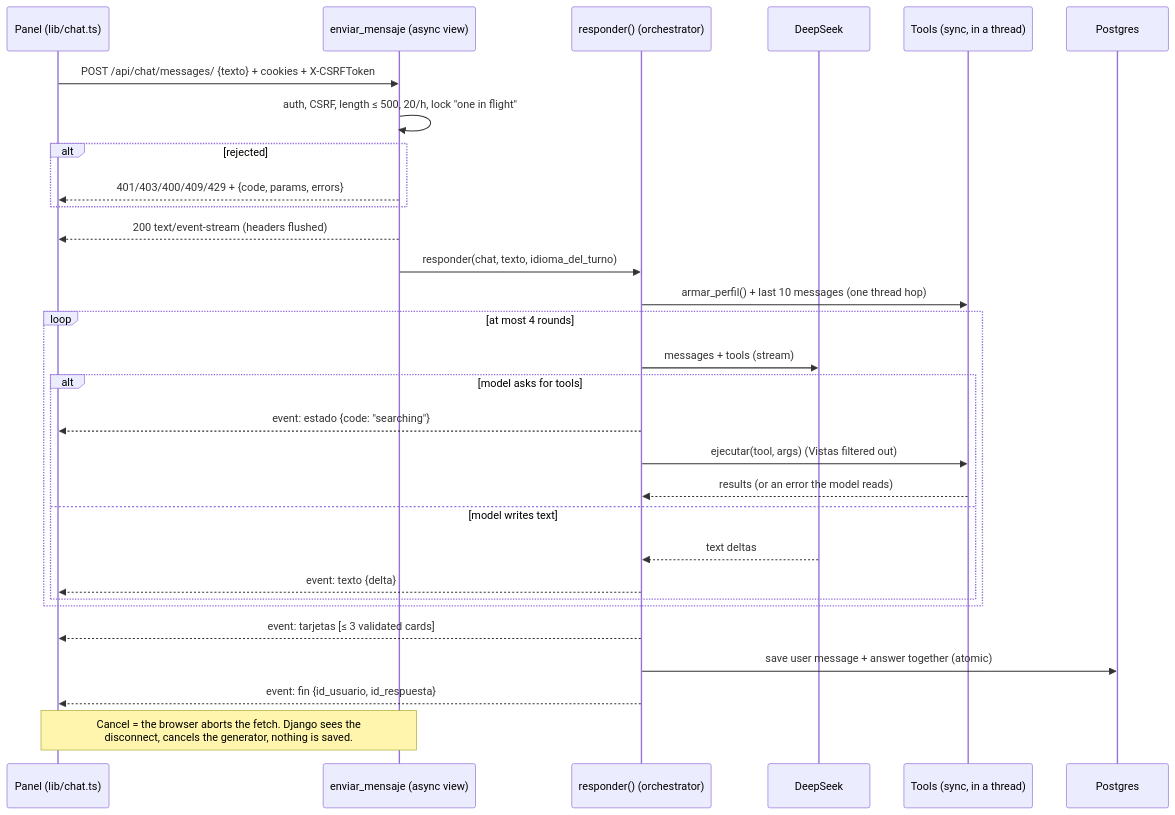
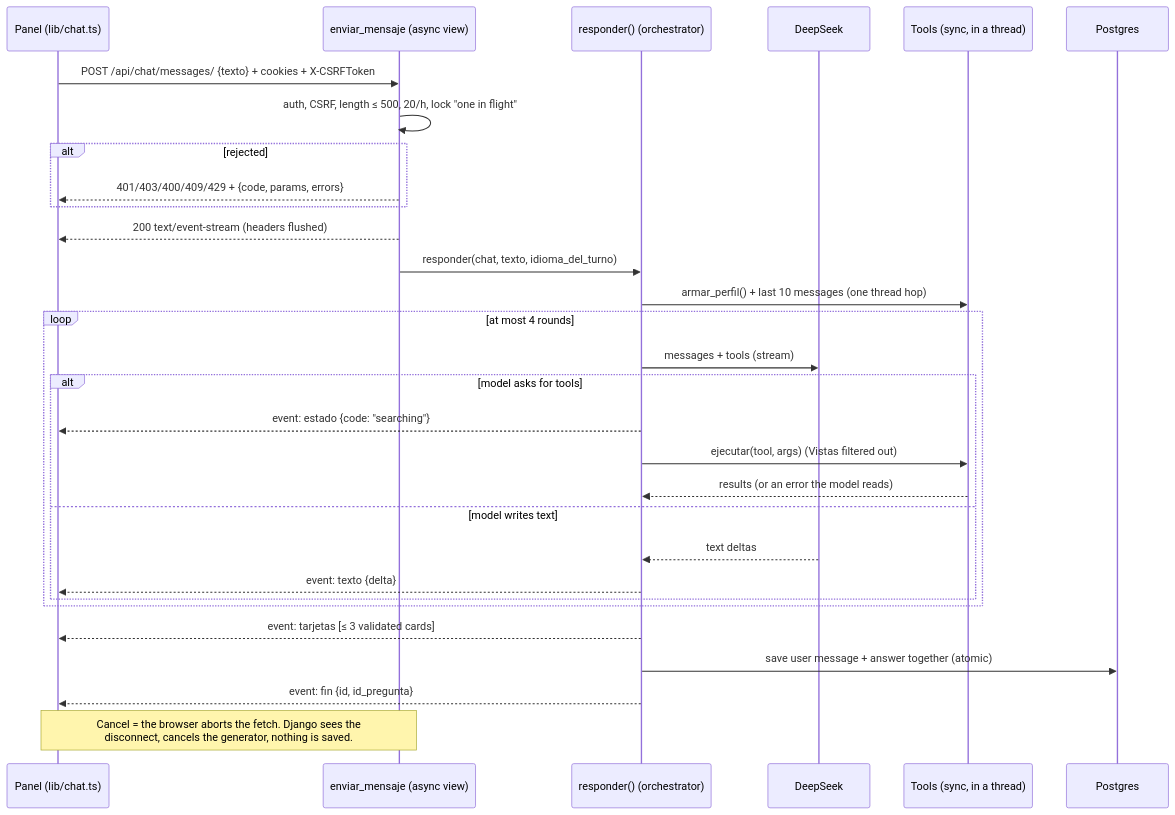
One commit to MarcosDebona25/FilmAI changed the diagram in openspec/changes/chatbot/design.md. Above: the diagram before and after it, drawn with Mermaid. The commit also changed other lines of this file and 4 other files, not shown here.

````diff
--- a/openspec/changes/chatbot/design.md
+++ b/openspec/changes/chatbot/design.md
@@ -48,33 +48,33 @@
 ```mermaid
 sequenceDiagram
     participant F as Panel (lib/chat.ts)
     participant V as enviar_mensaje (async view)
     participant O as responder() (orchestrator)
     participant L as DeepSeek
     participant T as Tools (sync, in a thread)
     participant DB as Postgres
 
     F->>V: POST /api/chat/messages/ {texto} + cookies + X-CSRFToken
     V->>V: auth, CSRF, length ≤ 500, 20/h, lock "one in flight"
     alt rejected
         V-->>F: 401/403/400/409/429 + {code, params, errors}
     end
     V-->>F: 200 text/event-stream (headers flushed)
     V->>O: responder(chat, texto, idioma_del_turno)
     O->>T: armar_perfil() + last 10 messages (one thread hop)
     loop at most 4 rounds
         O->>L: messages + tools (stream)
         alt model asks for tools
             O-->>F: event: estado {code: "searching"}
             O->>T: ejecutar(tool, args) (Vistas filtered out)
             T-->>O: results (or an error the model reads)
         else model writes text
             L-->>O: text deltas
             O-->>F: event: texto {delta}
         end
     end
     O-->>F: event: tarjetas [≤ 3 validated cards]
     O->>DB: save user message + answer together (atomic)
-    O-->>F: event: fin {id_usuario, id_respuesta}
+    O-->>F: event: fin {id, id_pregunta}
     Note over F,V: Cancel = the browser aborts the fetch. Django sees the<br/>disconnect, cancels the generator, nothing is saved.
 ```
````
